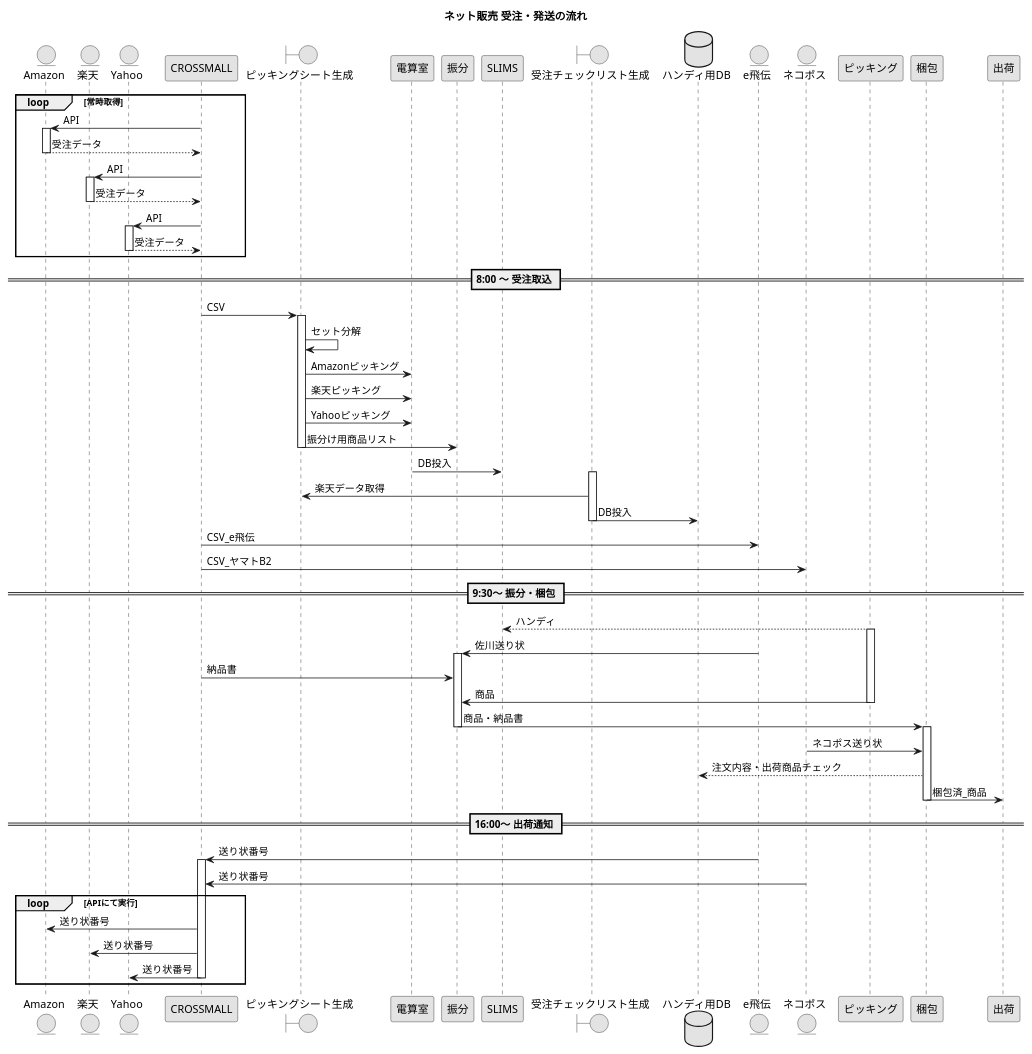
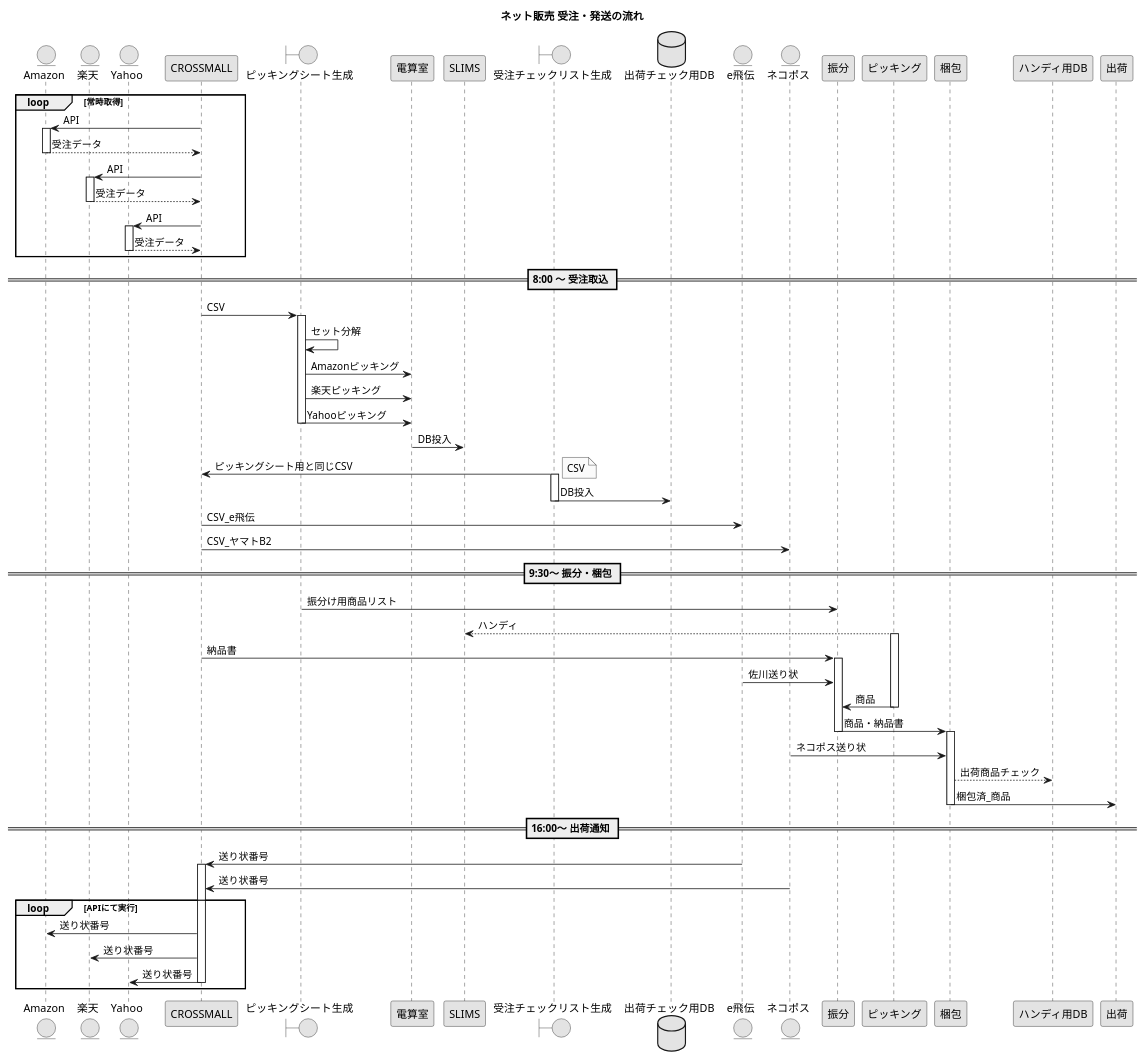
The diagram in recieving_orders_process.puml (akiya64/back-yard-macros), drawn with PlantUML before and after one commit. The commit also changed 12 other files, not shown here.

```diff
--- a/recieving_orders_process.puml
+++ b/recieving_orders_process.puml
@@ -1,109 +1,113 @@
 @startuml /uml/recieving_orders_process
 
 skinparam monochrome true
 
 title ネット販売 受注・発送の流れ
 
 entity Amazon
 entity 楽天
 entity Yahoo
 
 Loop 常時取得
 
     Amazon <- CROSSMALL :API
     activate Amazon
     Amazon --> CROSSMALL :受注データ
     deactivate Amazon
 
     楽天 <- CROSSMALL : API
     activate 楽天
     楽天 --> CROSSMALL : 受注データ
     deactivate 楽天
 
     Yahoo <- CROSSMALL : API
     activate Yahoo
     Yahoo --> CROSSMALL : 受注データ
     deactivate Yahoo
 end
 
 deactivate CROSSMALL
 
 == 8:00 ～ 受注取込 ==
 
 Boundary ピッキングシート生成
+
 CROSSMALL -> ピッキングシート生成 : CSV
 
 activate ピッキングシート生成
 
     ピッキングシート生成 -> ピッキングシート生成 : セット分解
 
     ピッキングシート生成 -> 電算室 : Amazonピッキング
     ピッキングシート生成 -> 電算室 : 楽天ピッキング
     ピッキングシート生成 -> 電算室 : Yahooピッキング
 
-
-    ピッキングシート生成 -> 振分 : 振分け用商品リスト
-
 deactivate ピッキングシート生成
 
 電算室 -> SLIMS : DB投入
     
 Boundary 受注チェックリスト生成
 
+CROSSMALL <- 受注チェックリスト生成 : ピッキングシート用と同じCSV
+
+Note Right
+    CSV
+end note
+
 activate 受注チェックリスト生成
-    ピッキングシート生成 <- 受注チェックリスト生成 : 楽天データ取得
-
-    database ハンディ用DB
-    受注チェックリスト生成 -> ハンディ用DB :DB投入
+    
+    database 出荷チェック用DB
+    受注チェックリスト生成 -> 出荷チェック用DB :DB投入
 
 deactivate 受注チェックリスト生成
 
 entity e飛伝
 entity ネコポス
 
 CROSSMALL -> e飛伝 :CSV_e飛伝
 CROSSMALL -> ネコポス :CSV_ヤマトB2
 
 == 9:30～ 振分・梱包 ==
 
+ピッキングシート生成 -> 振分 : 振分け用商品リスト
+
 SLIMS <-- ピッキング : ハンディ
 
 activate ピッキング
 
-    e飛伝 -> 振分 : 佐川送り状
+    CROSSMALL -> 振分 : 納品書
 
     activate 振分
-
-    CROSSMALL -> 振分 : 納品書
+    e飛伝 -> 振分 : 佐川送り状
     ピッキング -> 振分 : 商品
 
 deactivate ピッキング
 
     振分 -> 梱包 : 商品・納品書
 
     deactivate 振分
 
 activate 梱包
 
     ネコポス -> 梱包 : ネコポス送り状
 
-    ハンディ用DB <-- 梱包 : 注文内容・出荷商品チェック
+    ハンディ用DB <-- 梱包 : 出荷商品チェック
 
     梱包 -> 出荷 : 梱包済_商品
     
 deactivate 梱包
 
 == 16:00～ 出荷通知 ==
 
 e飛伝 -> CROSSMALL : 送り状番号
 activate CROSSMALL
 ネコポス -> CROSSMALL : 送り状番号
 
 Loop APIにて実行
     CROSSMALL -> Amazon : 送り状番号
     CROSSMALL -> 楽天 : 送り状番号
     CROSSMALL -> Yahoo : 送り状番号
     deactivate CROSSMALL
 end
 
 @enduml
```
